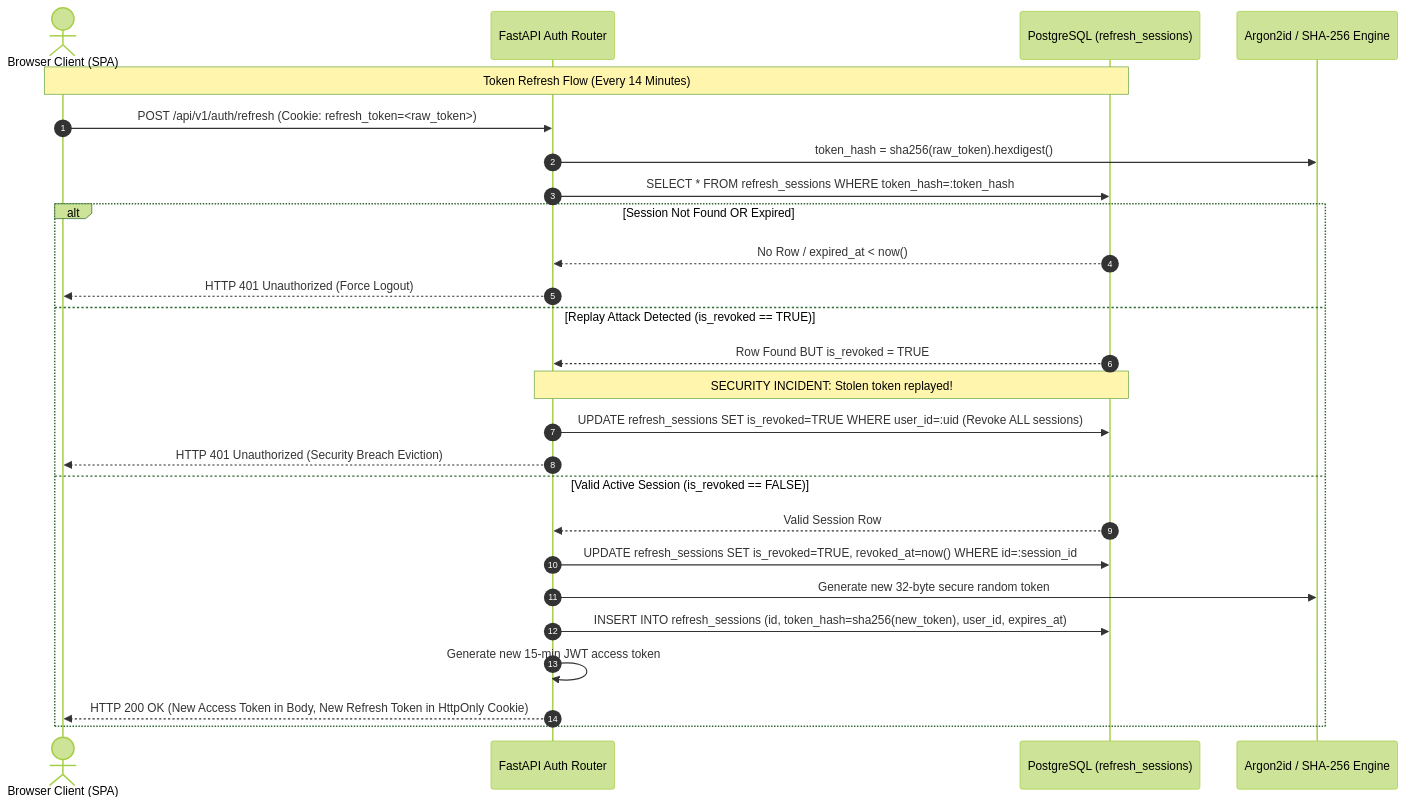
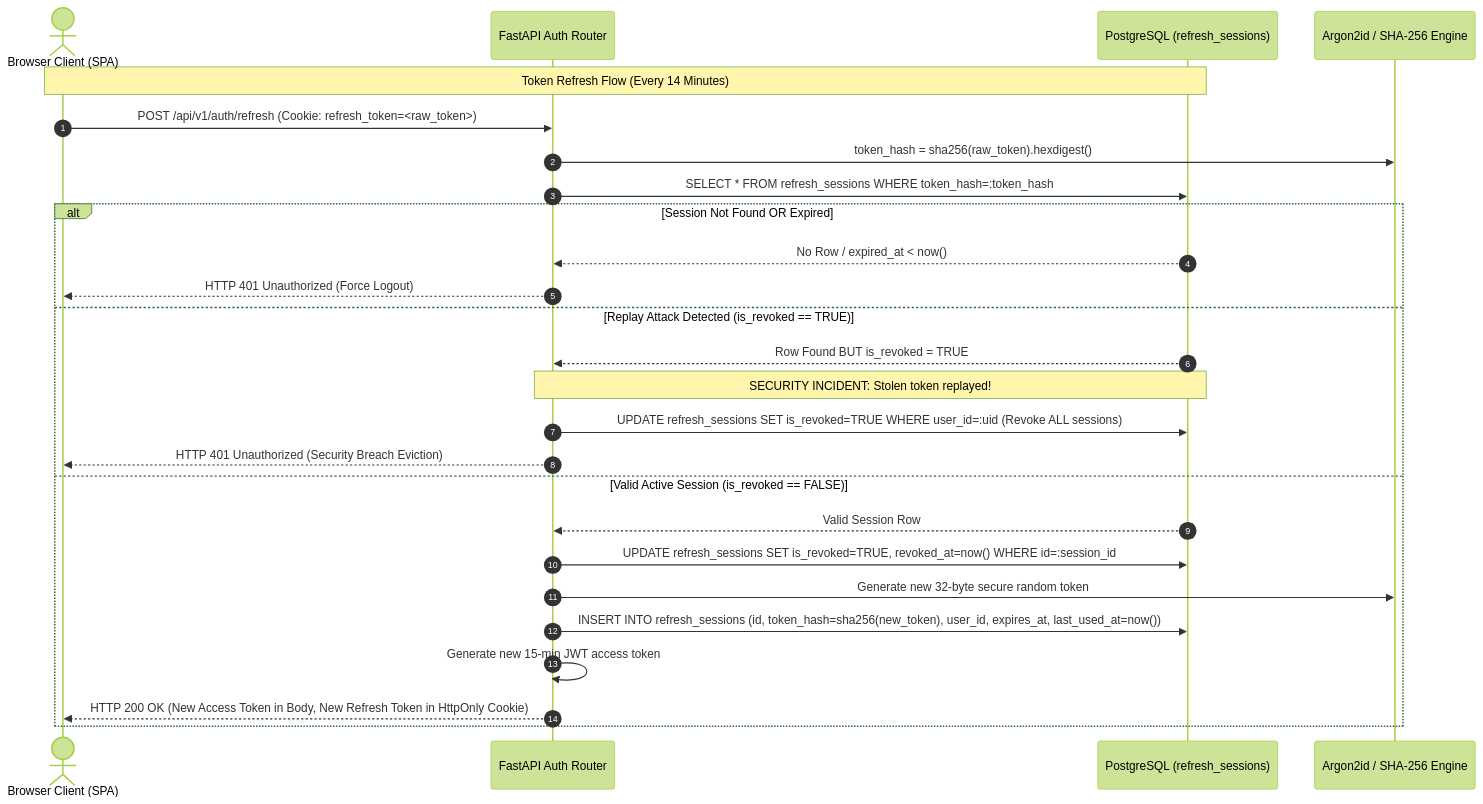
Before and after one commit to Satya-Naraharisetty/FusionRAG: the fifth of 13 diagrams in reverse_engineering.md, drawn with Mermaid (forest theme). The commit also changed other lines of this file, not shown here.

Commit message:
docs: update reverse engineering spec with chat operational subsystems, refined schema definitions, and updated database models.

````diff
--- a/reverse_engineering.md
+++ b/reverse_engineering.md
@@ -517,30 +517,30 @@
 ```mermaid
 sequenceDiagram
     autonumber
     actor Client as Browser Client (SPA)
     participant API as FastAPI Auth Router
     participant DB as PostgreSQL (refresh_sessions)
     participant Hasher as Argon2id / SHA-256 Engine
 
     Note over Client,DB: Token Refresh Flow (Every 14 Minutes)
     Client->>API: POST /api/v1/auth/refresh (Cookie: refresh_token=<raw_token>)
     API->>Hasher: token_hash = sha256(raw_token).hexdigest()
     API->>DB: SELECT * FROM refresh_sessions WHERE token_hash=:token_hash
     
     alt Session Not Found OR Expired
         DB-->>API: No Row / expired_at < now()
         API-->>Client: HTTP 401 Unauthorized (Force Logout)
     else Replay Attack Detected (is_revoked == TRUE)
         DB-->>API: Row Found BUT is_revoked = TRUE
         Note over API,DB: SECURITY INCIDENT: Stolen token replayed!
         API->>DB: UPDATE refresh_sessions SET is_revoked=TRUE WHERE user_id=:uid (Revoke ALL sessions)
         API-->>Client: HTTP 401 Unauthorized (Security Breach Eviction)
     else Valid Active Session (is_revoked == FALSE)
         DB-->>API: Valid Session Row
         API->>DB: UPDATE refresh_sessions SET is_revoked=TRUE, revoked_at=now() WHERE id=:session_id
         API->>Hasher: Generate new 32-byte secure random token
-        API->>DB: INSERT INTO refresh_sessions (id, token_hash=sha256(new_token), user_id, expires_at)
+        API->>DB: INSERT INTO refresh_sessions (id, token_hash=sha256(new_token), user_id, expires_at, last_used_at=now())
         API->>API: Generate new 15-min JWT access token
         API-->>Client: HTTP 200 OK (New Access Token in Body, New Refresh Token in HttpOnly Cookie)
     end
 ```
````
